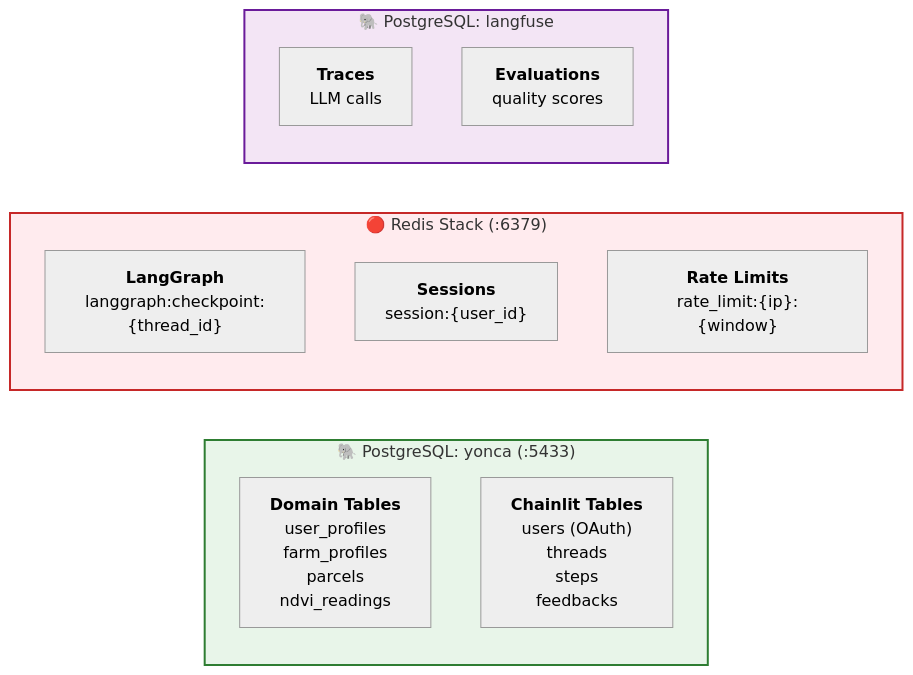
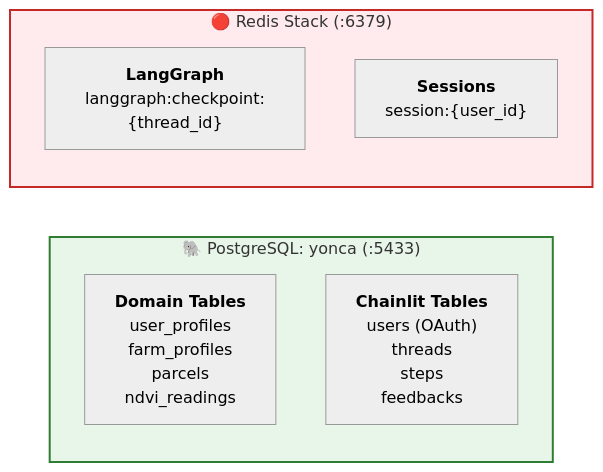
The second of 3 diagrams in docs/zekalab/03-ARCHITECTURE.md (Px8Studio/yonja), drawn with Mermaid before and after one commit. The commit also changed other lines of this file and 21 other files, not shown here.

Commit message:
Refactor documentation: Remove outdated welcome UI analysis and update README for ALEM project overview and architecture details

````diff
--- a/docs/zekalab/03-ARCHITECTURE.md
+++ b/docs/zekalab/03-ARCHITECTURE.md
@@ -68,26 +64,18 @@
 ```mermaid
 %%{init: {'theme': 'neutral'}}%%
 graph LR
     subgraph yonca_db["🐘 PostgreSQL: yonca (:5433)"]
         direction TB
         domain["<b>Domain Tables</b><br/>user_profiles<br/>farm_profiles<br/>parcels<br/>ndvi_readings"]
         chainlit_tables["<b>Chainlit Tables</b><br/>users (OAuth)<br/>threads<br/>steps<br/>feedbacks"]
     end
 
     subgraph redis_db["🔴 Redis Stack (:6379)"]
         direction TB
         checkpoints["<b>LangGraph</b><br/>langgraph:checkpoint:{thread_id}"]
         sessions["<b>Sessions</b><br/>session:{user_id}"]
-        cache["<b>Rate Limits</b><br/>rate_limit:{ip}:{window}"]
-    end
-
-    subgraph langfuse_db["🐘 PostgreSQL: langfuse"]
-        direction TB
-        traces["<b>Traces</b><br/>LLM calls"]
-        evals["<b>Evaluations</b><br/>quality scores"]
     end
 
     style yonca_db fill:#e8f5e9,stroke:#2e7d32,stroke-width:2px
     style redis_db fill:#ffebee,stroke:#c62828,stroke-width:2px
-    style langfuse_db fill:#f3e5f5,stroke:#6a1b9a,stroke-width:2px
 ```
````
